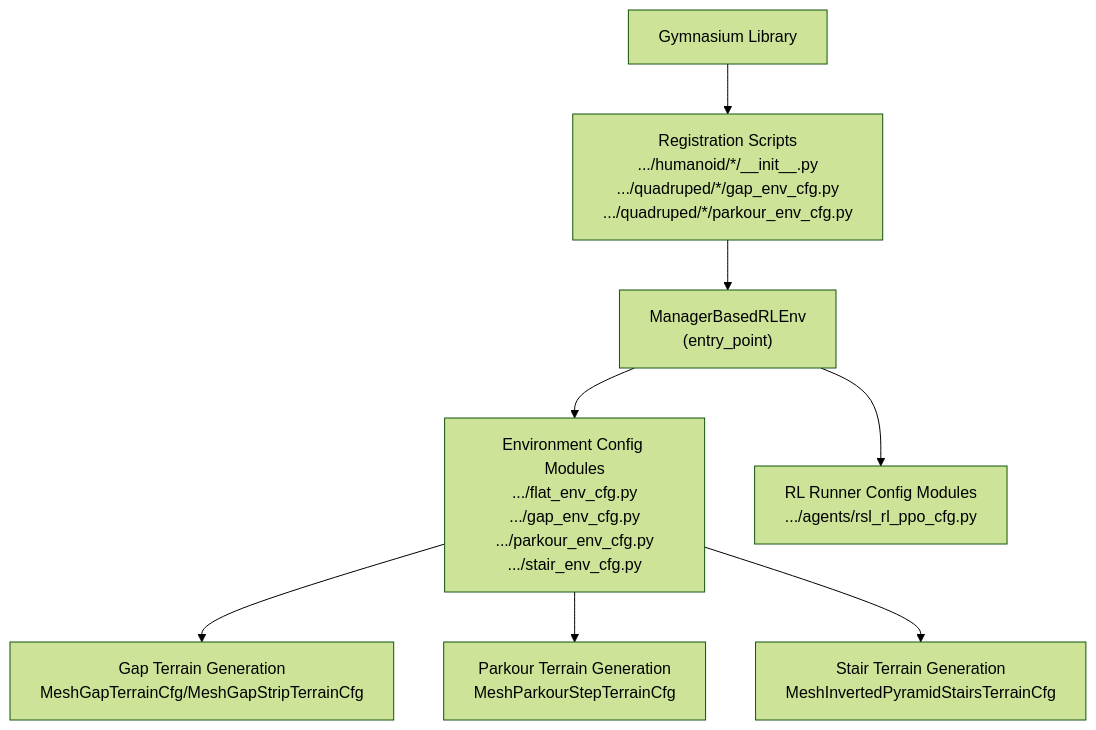
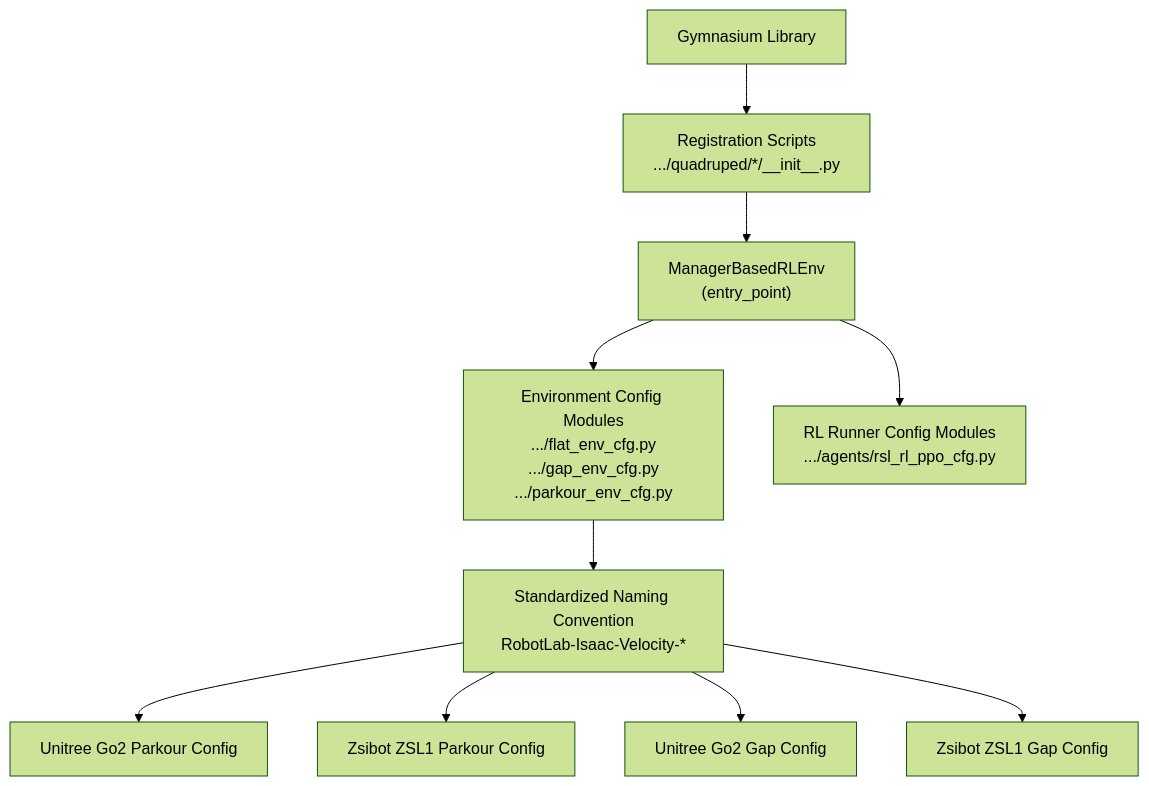
The fourth of 4 diagrams in .qoder/repowiki/en/content/Environment System/Environment Registration Framework.md (jayjayhust/robot_lab), drawn with Mermaid (forest theme) before and after one commit. The commit also changed other lines of this file and 9 other files, not shown here.

Commit message:
rectify curriculum training config for go2 and zsl1

````diff
--- a/.qoder/repowiki/en/content/Environment System/Environment Registration Framework.md
+++ b/.qoder/repowiki/en/content/Environment System/Environment Registration Framework.md
@@ -323,18 +259,22 @@
 ```mermaid
 graph TB
 Gymnasium["Gymnasium Library"]
-RegScripts["Registration Scripts<br/>.../humanoid/*/__init__.py<br/>.../quadruped/*/gap_env_cfg.py<br/>.../quadruped/*/parkour_env_cfg.py"]
+RegScripts["Registration Scripts<br/>.../quadruped/*/__init__.py"]
 EnvClass["ManagerBasedRLEnv<br/>(entry_point)"]
-EnvCfg["Environment Config Modules<br/>.../flat_env_cfg.py<br/>.../gap_env_cfg.py<br/>.../parkour_env_cfg.py<br/>.../stair_env_cfg.py"]
+EnvCfg["Environment Config Modules<br/>.../flat_env_cfg.py<br/>.../gap_env_cfg.py<br/>.../parkour_env_cfg.py"]
 RLCfg["RL Runner Config Modules<br/>.../agents/rsl_rl_ppo_cfg.py"]
-GapTerrains["Gap Terrain Generation<br/>MeshGapTerrainCfg/MeshGapStripTerrainCfg"]
-ParkourTerrains["Parkour Terrain Generation<br/>MeshParkourStepTerrainCfg"]
-StairTerrains["Stair Terrain Generation<br/>MeshInvertedPyramidStairsTerrainCfg"]
+StandardizedNaming["Standardized Naming Convention<br/>RobotLab-Isaac-Velocity-*"]
+Go2Parkour["Unitree Go2 Parkour Config"]
+ZSL1Parkour["Zsibot ZSL1 Parkour Config"]
+Go2Gap["Unitree Go2 Gap Config"]
+ZSL1Gap["Zsibot ZSL1 Gap Config"]
 Gymnasium --> RegScripts
 RegScripts --> EnvClass
 EnvClass --> EnvCfg
 EnvClass --> RLCfg
-EnvCfg --> GapTerrains
-EnvCfg --> ParkourTerrains
-EnvCfg --> StairTerrains
+EnvCfg --> StandardizedNaming
+StandardizedNaming --> Go2Parkour
+StandardizedNaming --> ZSL1Parkour
+StandardizedNaming --> Go2Gap
+StandardizedNaming --> ZSL1Gap
 ```
````
